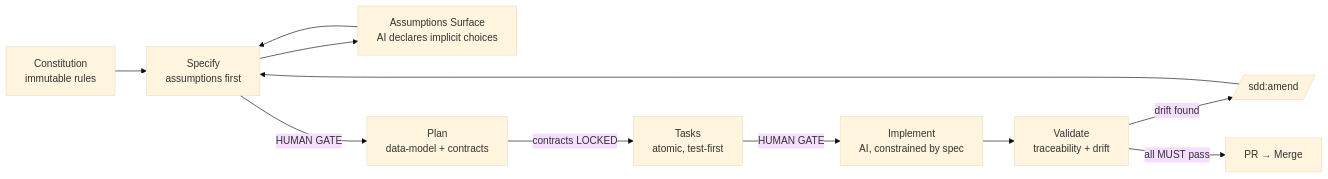
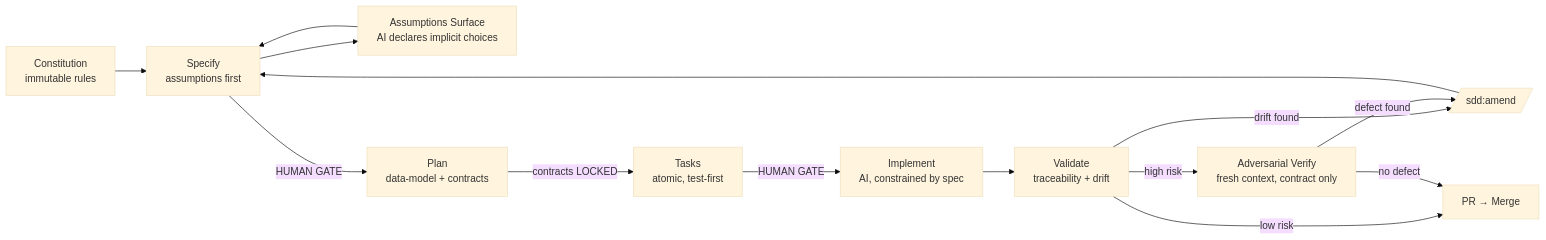
Before and after one commit to DeibyGS/DeibyGS: the diagram in README.md, drawn with Mermaid (base theme). The commit also changed other lines of this file, not shown here.

First line of the commit message:
docs: add adversarial verification layer to How I Work

````diff
--- a/README.md
+++ b/README.md
@@ -68,13 +68,16 @@
 ```mermaid
 flowchart LR
     C[Constitution<br/>immutable rules] --> S[Specify<br/>assumptions first]
     S --> A[Assumptions Surface<br/>AI declares implicit choices]
     A --> S
     S -->|HUMAN GATE| P[Plan<br/>data-model + contracts]
     P -->|contracts LOCKED| T[Tasks<br/>atomic, test-first]
     T -->|HUMAN GATE| I[Implement<br/>AI, constrained by spec]
     I --> V[Validate<br/>traceability + drift]
     V -->|drift found| AM[/sdd:amend/]
     AM --> S
-    V -->|all MUST pass| M[PR → Merge]
+    V -->|low risk| M[PR → Merge]
+    V -->|high risk| X[Adversarial Verify<br/>fresh context, contract only]
+    X -->|defect found| AM
+    X -->|no defect| M
 ```
````
